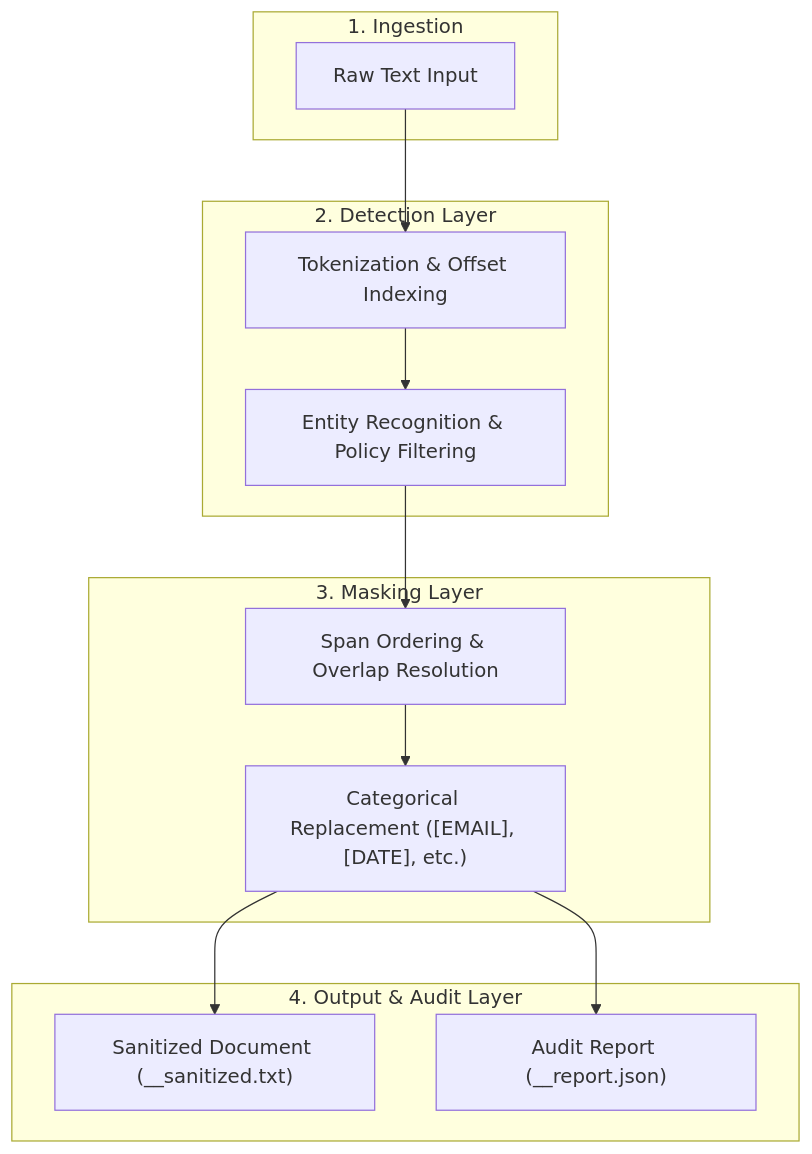
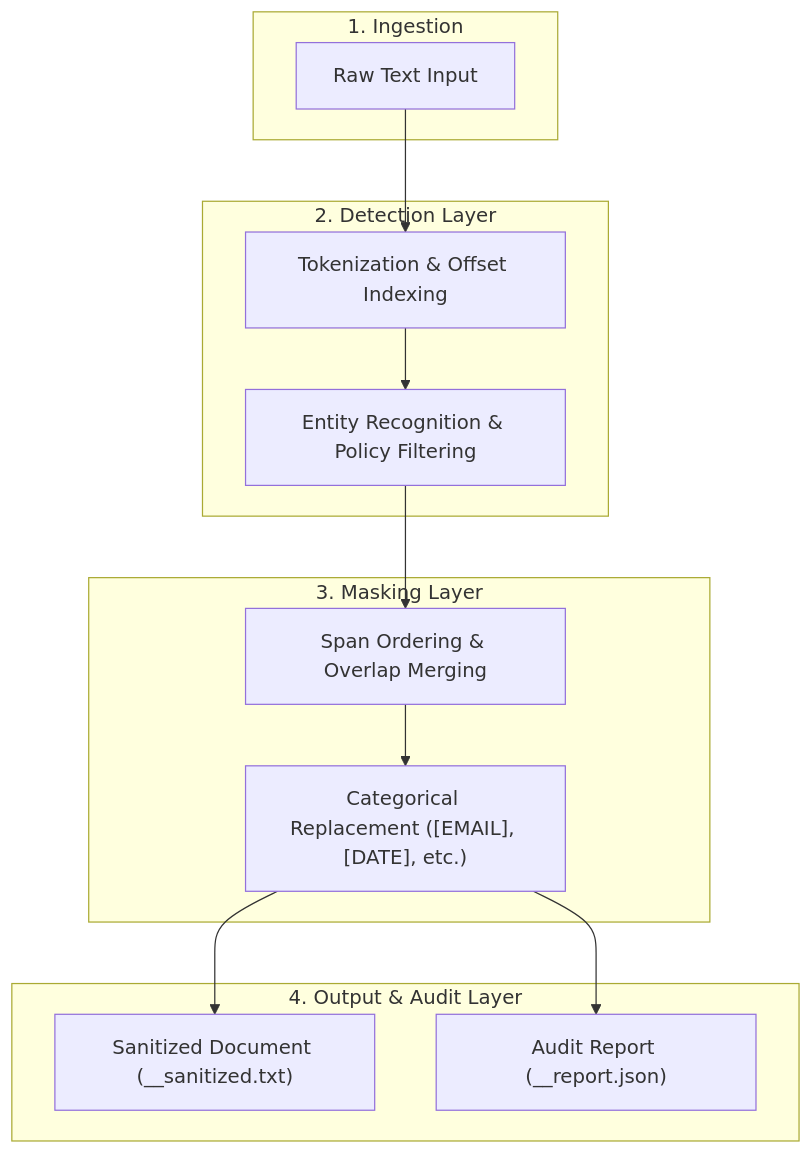
One commit to Ahmed-Maher77/LLM-Privacy-Gateway___PII-De-identification-and-Re-identification changed the diagram in README.md. Above: the diagram before and after it, drawn with Mermaid. The commit also changed other lines of this file, not shown here.

````diff
--- a/README.md
+++ b/README.md
@@ -11,28 +131,28 @@
 ```mermaid
 flowchart TD
     subgraph S1["1. Ingestion"]
         A["Raw Text Input"]
     end
 
     subgraph S2["2. Detection Layer"]
         B["Tokenization & Offset Indexing"]
         C["Entity Recognition & Policy Filtering"]
         B --> C
     end
 
     subgraph S3["3. Masking Layer"]
-        D["Span Ordering & Overlap Resolution"]
+        D["Span Ordering & Overlap Merging"]
         E["Categorical Replacement ([EMAIL], [DATE], etc.)"]
         D --> E
     end
 
     subgraph S4["4. Output & Audit Layer"]
         F["Sanitized Document (__sanitized.txt)"]
         G["Audit Report (__report.json)"]
     end
 
     A --> B
     C --> D
     E --> F
     E --> G
 ```
````
